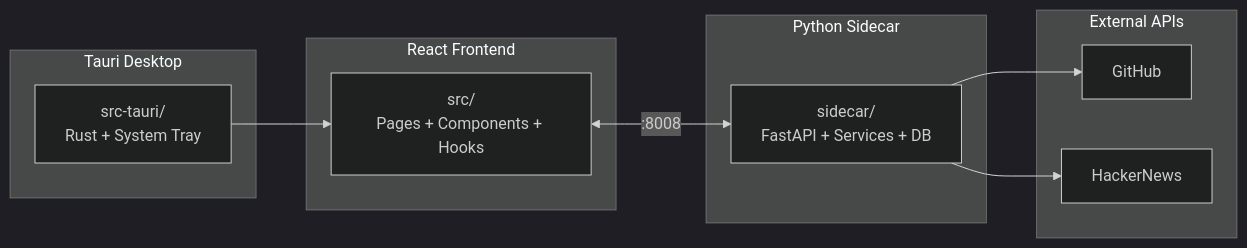
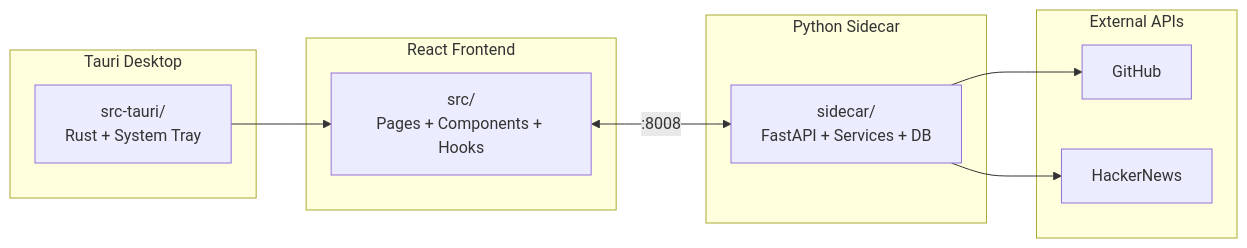
Before and after one commit to Neal75418/StarScope: the diagram in CLAUDE.md, drawn with Mermaid. The commit also changed other lines of this file and 2 other files, not shown here.

````diff
--- a/CLAUDE.md
+++ b/CLAUDE.md
@@ -11,25 +11,24 @@
 ```mermaid
-%%{init: {'theme': 'dark'}}%%
 graph LR
     subgraph Desktop["Tauri Desktop"]
         T["src-tauri/\nRust + System Tray"]
     end
 
     subgraph Frontend["React Frontend"]
         F["src/\nPages + Components + Hooks"]
     end
 
     subgraph Backend["Python Sidecar"]
         B["sidecar/\nFastAPI + Services + DB"]
     end
 
     subgraph APIs["External APIs"]
         G["GitHub"]
         H["HackerNews"]
     end
 
     T --> F
     F <-->|":8008"| B
     B --> G
     B --> H
 ```
````
